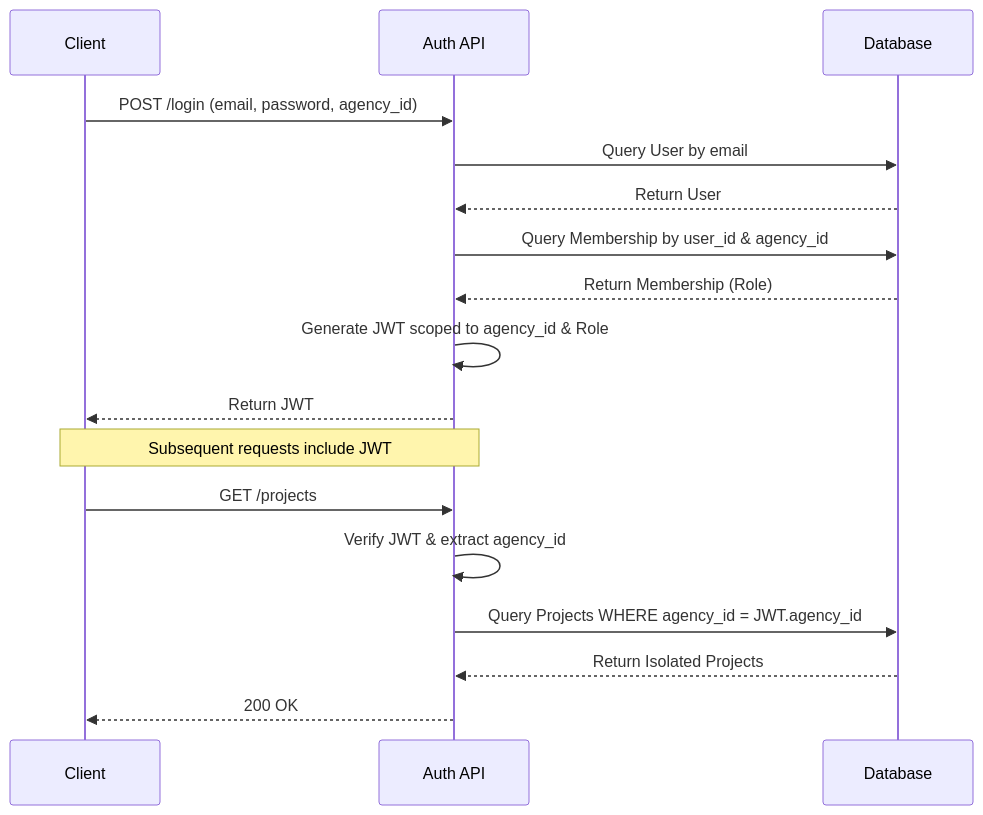
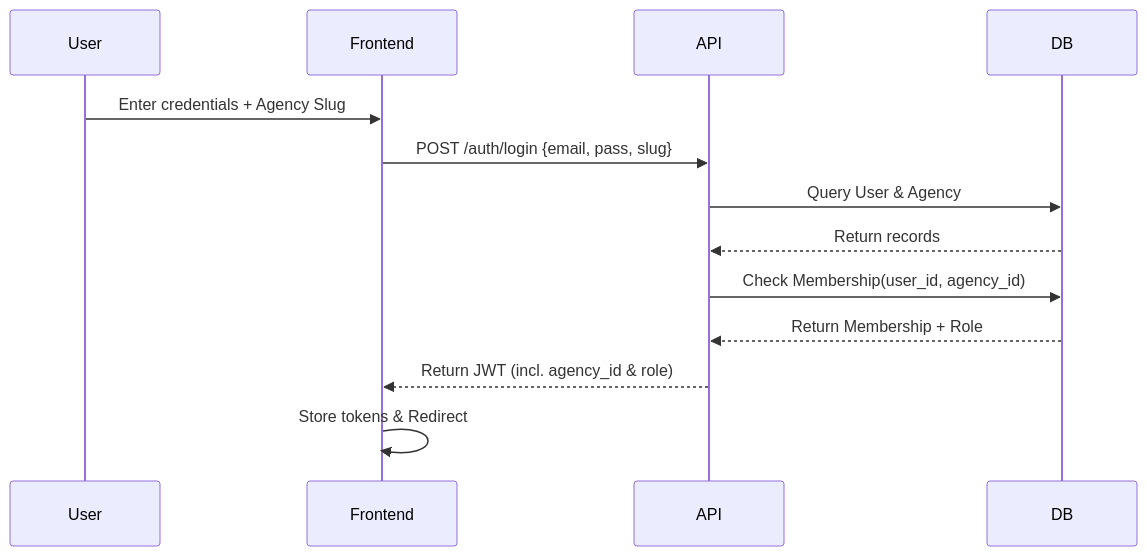
Before and after one commit to devtyagi3909/agency-desk: the third of 4 diagrams in README.md, drawn with Mermaid. The commit also changed other lines of this file and 8 other files, not shown here.

````diff
--- a/README.md
+++ b/README.md
@@ -76,22 +138,16 @@
 ```mermaid
 sequenceDiagram
-    participant C as Client
-    participant A as Auth API
-    participant DB as Database
+    participant User
+    participant Frontend
+    participant API
+    participant DB
     
-    C->>A: POST /login (email, password, agency_id)
-    A->>DB: Query User by email
-    DB-->>A: Return User
-    A->>DB: Query Membership by user_id & agency_id
-    DB-->>A: Return Membership (Role)
-    A->>A: Generate JWT scoped to agency_id & Role
-    A-->>C: Return JWT
-    
-    Note over C,A: Subsequent requests include JWT
-    
-    C->>A: GET /projects
-    A->>A: Verify JWT & extract agency_id
-    A->>DB: Query Projects WHERE agency_id = JWT.agency_id
-    DB-->>A: Return Isolated Projects
-    A-->>C: 200 OK
+    User->>Frontend: Enter credentials + Agency Slug
+    Frontend->>API: POST /auth/login {email, pass, slug}
+    API->>DB: Query User & Agency
+    DB-->>API: Return records
+    API->>DB: Check Membership(user_id, agency_id)
+    DB-->>API: Return Membership + Role
+    API-->>Frontend: Return JWT (incl. agency_id & role)
+    Frontend->>Frontend: Store tokens & Redirect
 ```
````
